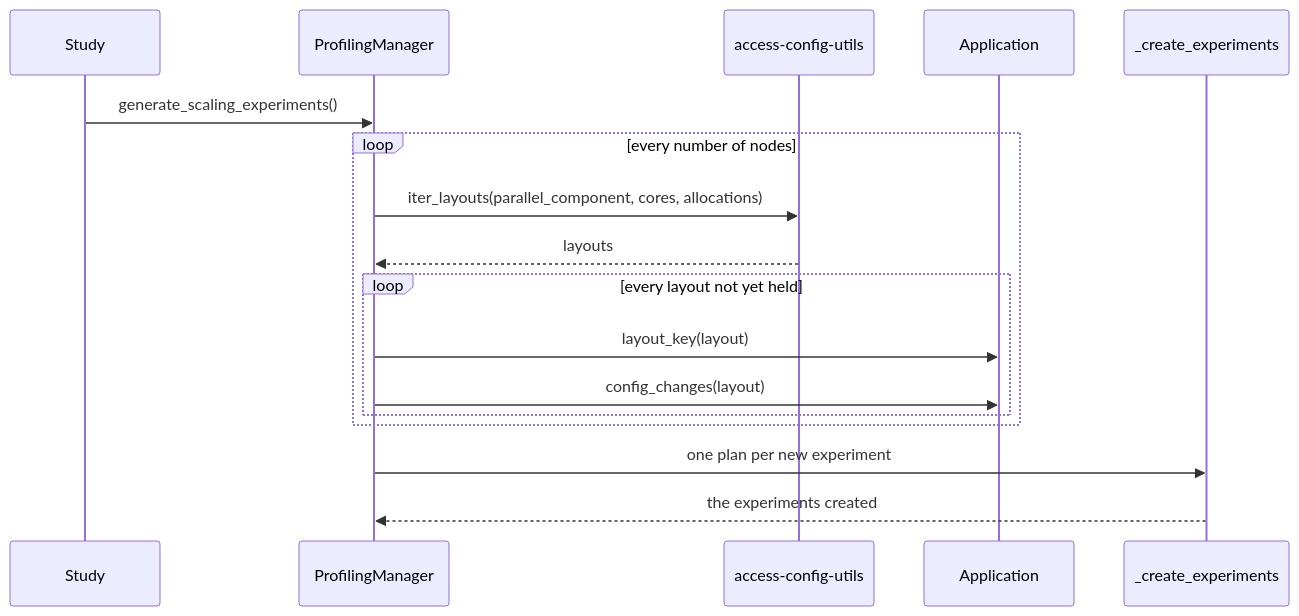
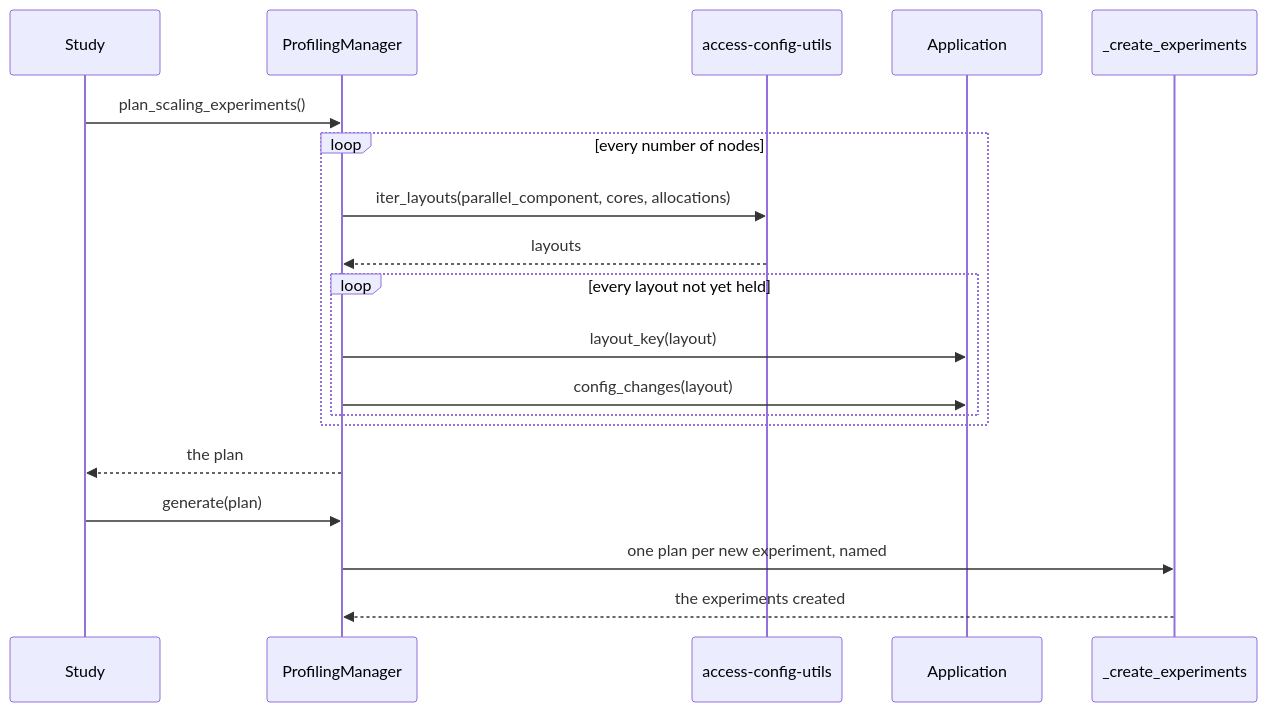
One commit to ACCESS-NRI/access-profiling changed the third of 3 diagrams in documentation/docs/pages/developer-guide/index.md. Above: the diagram before and after it, drawn with Mermaid. The commit also changed other lines of this file and 28 other files, not shown here.

````diff
--- a/documentation/docs/pages/developer-guide/index.md
+++ b/documentation/docs/pages/developer-guide/index.md
@@ -191,19 +199,21 @@
 ```mermaid
 sequenceDiagram
     participant Study
     participant Manager as ProfilingManager
     participant Search as access-config-utils
     participant Application
     participant Engine as _create_experiments
-    Study->>Manager: generate_scaling_experiments()
+    Study->>Manager: plan_scaling_experiments()
     loop every number of nodes
         Manager->>Search: iter_layouts(parallel_component, cores, allocations)
         Search-->>Manager: layouts
         loop every layout not yet held
             Manager->>Application: layout_key(layout)
             Manager->>Application: config_changes(layout)
         end
     end
-    Manager->>Engine: one plan per new experiment
+    Manager-->>Study: the plan
+    Study->>Manager: generate(plan)
+    Manager->>Engine: one plan per new experiment, named
     Engine-->>Manager: the experiments created
 ```
````
